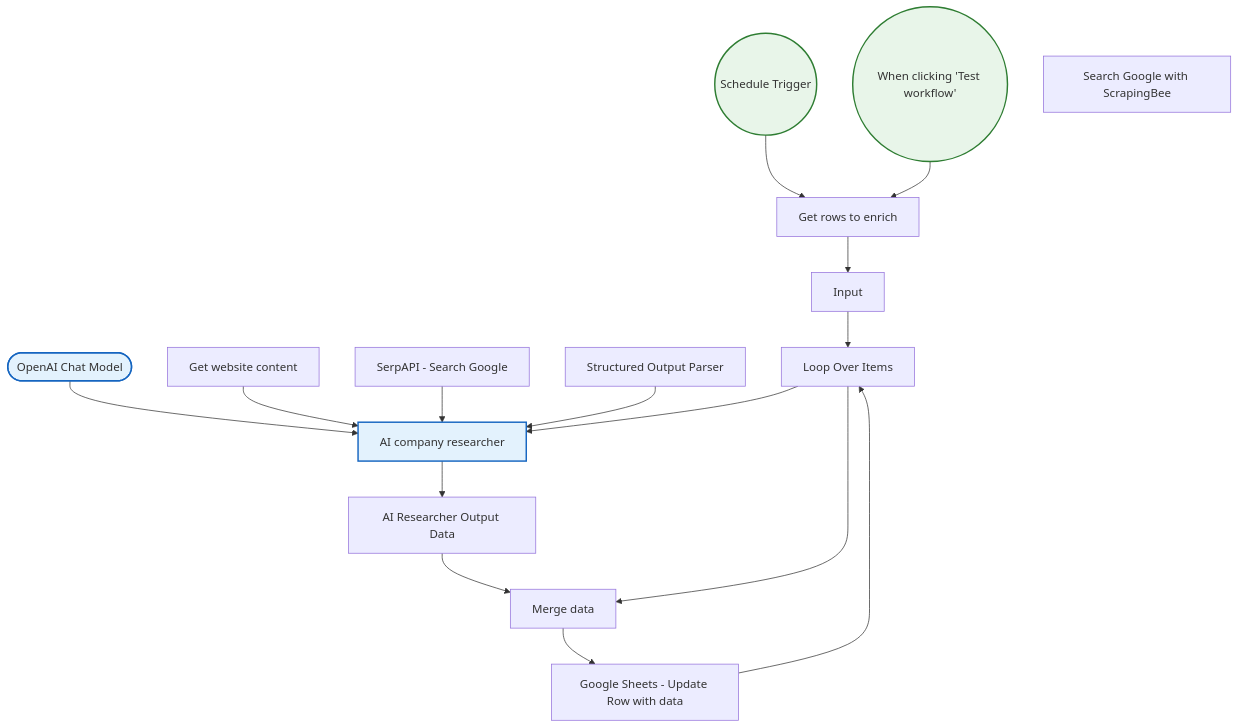
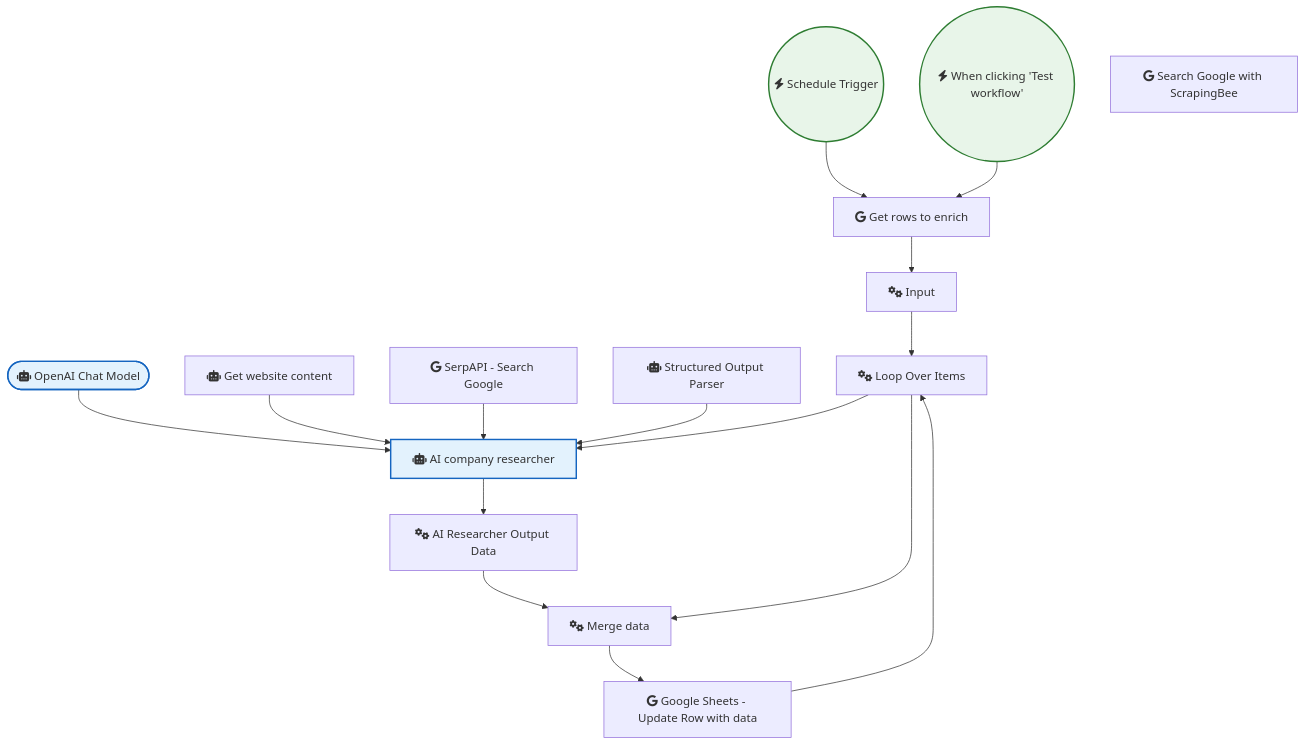
Before and after one commit to sreyash3105/N8N-DEMO-AUTOMATIONS: the diagram in OpenAI_and_LLMs/AI web researcher for sales.md, drawn with Mermaid. The commit also changed 291 other files, not shown here.

````diff
--- a/OpenAI_and_LLMs/AI web researcher for sales.md
+++ b/OpenAI_and_LLMs/AI web researcher for sales.md
@@ -1,36 +1,36 @@
 ```mermaid
 graph TD
     classDef trigger fill:#e8f5e9,stroke:#2e7d32,stroke-width:2px;
     classDef ai fill:#e3f2fd,stroke:#1565c0,stroke-width:2px;
     classDef logic fill:#fff3e0,stroke:#ef6c00,stroke-width:2px;
 
-    When_clicking__Test_workflow_(("When clicking 'Test workflow'")):::trigger
-    Input["Input"]
-    OpenAI_Chat_Model(["OpenAI Chat Model"]):::ai
-    Get_website_content["Get website content"]
-    SerpAPI___Search_Google["SerpAPI - Search Google"]
-    Structured_Output_Parser["Structured Output Parser"]
-    Loop_Over_Items["Loop Over Items"]
-    AI_Researcher_Output_Data["AI Researcher Output Data"]
-    Google_Sheets___Update_Row_with_data["Google Sheets - Update Row with data"]
-    Merge_data["Merge data"]
-    Get_rows_to_enrich["Get rows to enrich"]
-    Schedule_Trigger(("Schedule Trigger")):::trigger
-    AI_company_researcher["AI company researcher"]:::ai
-    Search_Google_with_ScrapingBee["Search Google with ScrapingBee"]
+    When_clicking__Test_workflow_(("fas:fa-bolt When clicking 'Test workflow'")):::trigger
+    Input["fas:fa-cogs Input"]
+    OpenAI_Chat_Model(["fas:fa-robot OpenAI Chat Model"]):::ai
+    Get_website_content["fas:fa-robot Get website content"]
+    SerpAPI___Search_Google["fab:fa-google SerpAPI - Search Google"]
+    Structured_Output_Parser["fas:fa-robot Structured Output Parser"]
+    Loop_Over_Items["fas:fa-cogs Loop Over Items"]
+    AI_Researcher_Output_Data["fas:fa-cogs AI Researcher Output Data"]
+    Google_Sheets___Update_Row_with_data["fab:fa-google Google Sheets - Update Row with data"]
+    Merge_data["fas:fa-cogs Merge data"]
+    Get_rows_to_enrich["fab:fa-google Get rows to enrich"]
+    Schedule_Trigger(("fas:fa-bolt Schedule Trigger")):::trigger
+    AI_company_researcher["fas:fa-robot AI company researcher"]:::ai
+    Search_Google_with_ScrapingBee["fab:fa-google Search Google with ScrapingBee"]
 
     Input --> Loop_Over_Items
     Merge_data --> Google_Sheets___Update_Row_with_data
     Loop_Over_Items --> AI_company_researcher
     Loop_Over_Items --> Merge_data
     Schedule_Trigger --> Get_rows_to_enrich
     OpenAI_Chat_Model --> AI_company_researcher
     Get_rows_to_enrich --> Input
     Get_website_content --> AI_company_researcher
     AI_company_researcher --> AI_Researcher_Output_Data
     SerpAPI___Search_Google --> AI_company_researcher
     Structured_Output_Parser --> AI_company_researcher
     AI_Researcher_Output_Data --> Merge_data
     When_clicking__Test_workflow_ --> Get_rows_to_enrich
     Google_Sheets___Update_Row_with_data --> Loop_Over_Items
 ```
````
